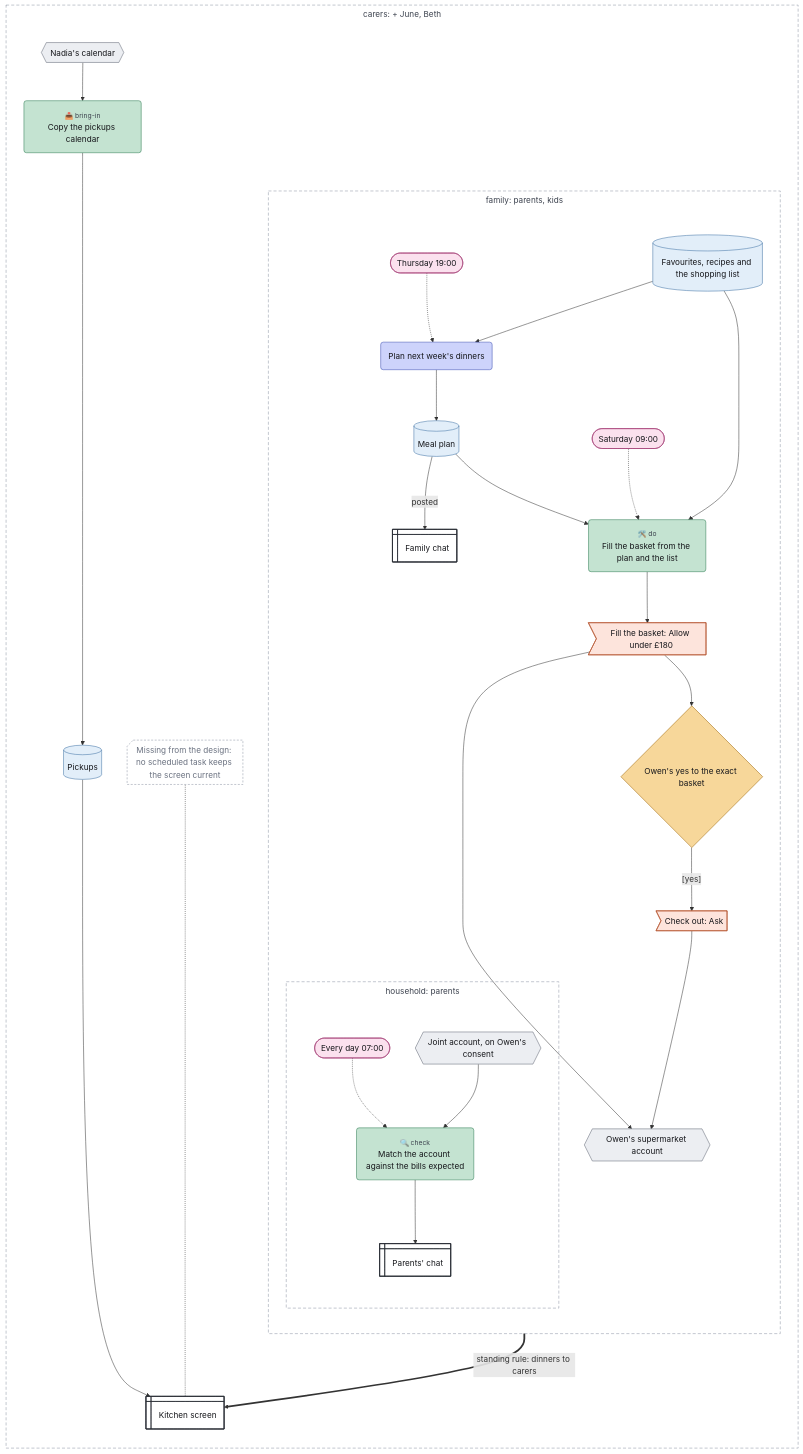
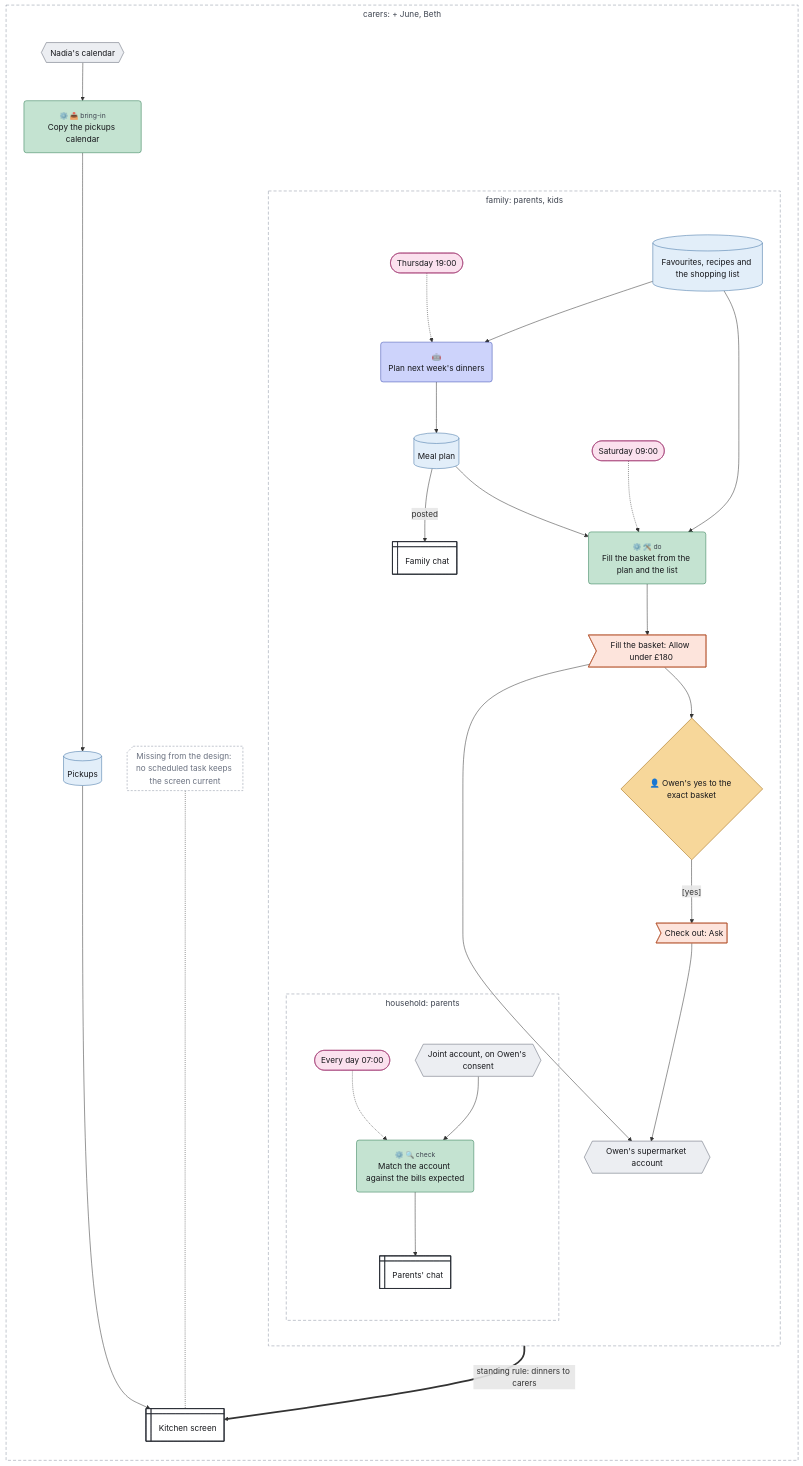
One commit to chrismdp/awml changed the diagram in examples/dinners-scopes.mmd. Above: the diagram before and after it, drawn with Mermaid. The commit also changed 21 other files, not shown here.

```diff
--- a/examples/dinners-scopes.mmd
+++ b/examples/dinners-scopes.mmd
@@ -1,82 +1,82 @@
 ---
 config:
   theme: default
   flowchart:
     useMaxWidth: false
     subGraphTitleMargin:
       top: 6
       bottom: 30
 ---
 flowchart TB
   subgraph carers["carers: + June, Beth"]
     direction TB
     calendar{{"Nadia's calendar"}}
-    copy("<small style='color:#3d434f'>📥 bring-in</small><br>Copy the pickups calendar")
+    copy("<small style='color:#3d434f'>⚙️ 📥 bring-in</small><br>Copy the pickups calendar")
     pickups[("Pickups")]
     screen@{ shape: win-pane, label: "Kitchen screen" }
     screen_gap@{ shape: notch-rect, label: "Missing from the design: no scheduled task keeps the screen current" }
     subgraph family["family: parents, kids"]
       direction TB
       thu(["Thursday 19:00"])
       sat(["Saturday 09:00"])
       favourites[("Favourites, recipes and the shopping list")]
-      plan("Plan next week's dinners")
+      plan("<small style='color:#3d434f'>🤖</small><br>Plan next week's dinners")
       mealplan[("Meal plan")]
       chat@{ shape: win-pane, label: "Family chat" }
-      fill("<small style='color:#3d434f'>🛠️ do</small><br>Fill the basket from the plan and the list")
+      fill("<small style='color:#3d434f'>⚙️ 🛠️ do</small><br>Fill the basket from the plan and the list")
       basket>"Fill the basket: Allow under £180"]
-      approve{"Owen's yes to the exact basket"}
+      approve{"👤 Owen's yes to the exact basket"}
       checkout>"Check out: Ask"]
       shop{{"Owen's supermarket account"}}
       subgraph household["household: parents"]
         direction TB
         daily(["Every day 07:00"])
         bank{{"Joint account, on Owen's consent"}}
-        match("<small style='color:#3d434f'>🔍 check</small><br>Match the account against the bills expected")
+        match("<small style='color:#3d434f'>⚙️ 🔍 check</small><br>Match the account against the bills expected")
         parents_chat@{ shape: win-pane, label: "Parents' chat" }
       end
     end
   end
 
   thu -.-> plan
   favourites --> plan
   plan --> mealplan
   mealplan -->|"posted"| chat
   sat -.-> fill
   mealplan --> fill
   favourites --> fill
   fill --> basket
   basket --> shop
   basket --> approve
   approve -->|"[yes]"| checkout
   checkout --> shop
   calendar --> copy
   copy --> pickups
   pickups --> screen
   mealplan ==>|"standing rule: dinners to carers"| screen
   screen_gap -.- screen
   daily -.-> match
   bank --> match
   match --> parents_chat
   classDef trig fill:#fbe1ee,stroke:#a33a74,color:#16171b
   classDef ctx fill:#e2eef9,stroke:#3d6fa3,color:#16171b
   classDef con fill:#eceef2,stroke:#5d6472,color:#16171b
   classDef surf fill:#ffffff,stroke:#2a2d35,stroke-width:1.5px,color:#16171b
   classDef out fill:#fde4dc,stroke:#b5532f,color:#16171b
   classDef ai fill:#cdd3fb,stroke:#3b4bb0,color:#16171b
   classDef rule fill:#c4e3d1,stroke:#2b7a4f,color:#16171b
   classDef human fill:#f7d79a,stroke:#9a6100,color:#16171b
   classDef uml fill:#16171b,stroke:#16171b,color:#16171b
   classDef gap fill:#ffffff,stroke:#8a93a3,stroke-dasharray:4 3,color:#6b7280
   class thu,sat,daily trig
   class pickups,favourites,mealplan ctx
   class calendar,shop,bank con
   class screen,chat,parents_chat surf
   class basket,checkout out
   class plan ai
   class copy,fill,match rule
   class approve human
   class screen_gap gap
   style carers fill:transparent,stroke:#8a93a3,stroke-dasharray:6 4,color:#3d434f
   style family fill:transparent,stroke:#8a93a3,stroke-dasharray:6 4,color:#3d434f
   style household fill:transparent,stroke:#8a93a3,stroke-dasharray:6 4,color:#3d434f
```
